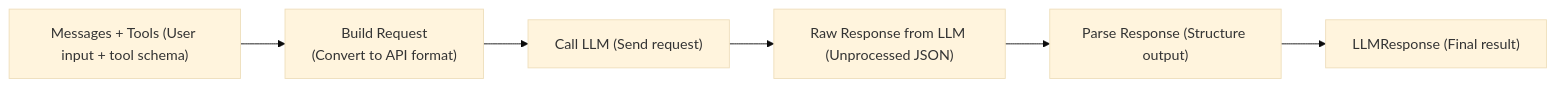
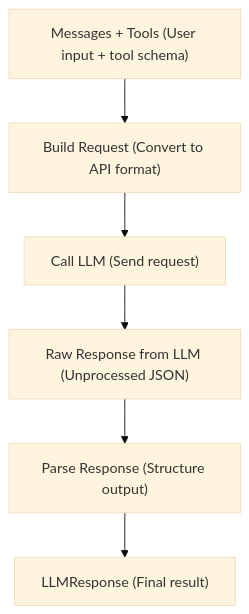
Before and after one commit to ittzspsv/Lily-Agent: the diagram in docs/adapters/adapters.md, drawn with Mermaid (base theme). The commit also changed other lines of this file and 30 other files, not shown here.

````diff
--- a/docs/adapters/adapters.md
+++ b/docs/adapters/adapters.md
@@ -29,8 +29,8 @@
 ```mermaid
-graph LR
-    A["Messages + Tools (User input + tool schema)"] --> B["Build Request\n(Convert to API format)"]
+graph TD
+    A["Messages + Tools (User input + tool schema)"] --> B["Build Request (Convert to API format)"]
     B --> C["Call LLM (Send request)"]
     C --> D["Raw Response from LLM (Unprocessed JSON)"]
     D --> E["Parse Response (Structure output)"]
     E --> F["LLMResponse (Final result)"]
 ```
````
